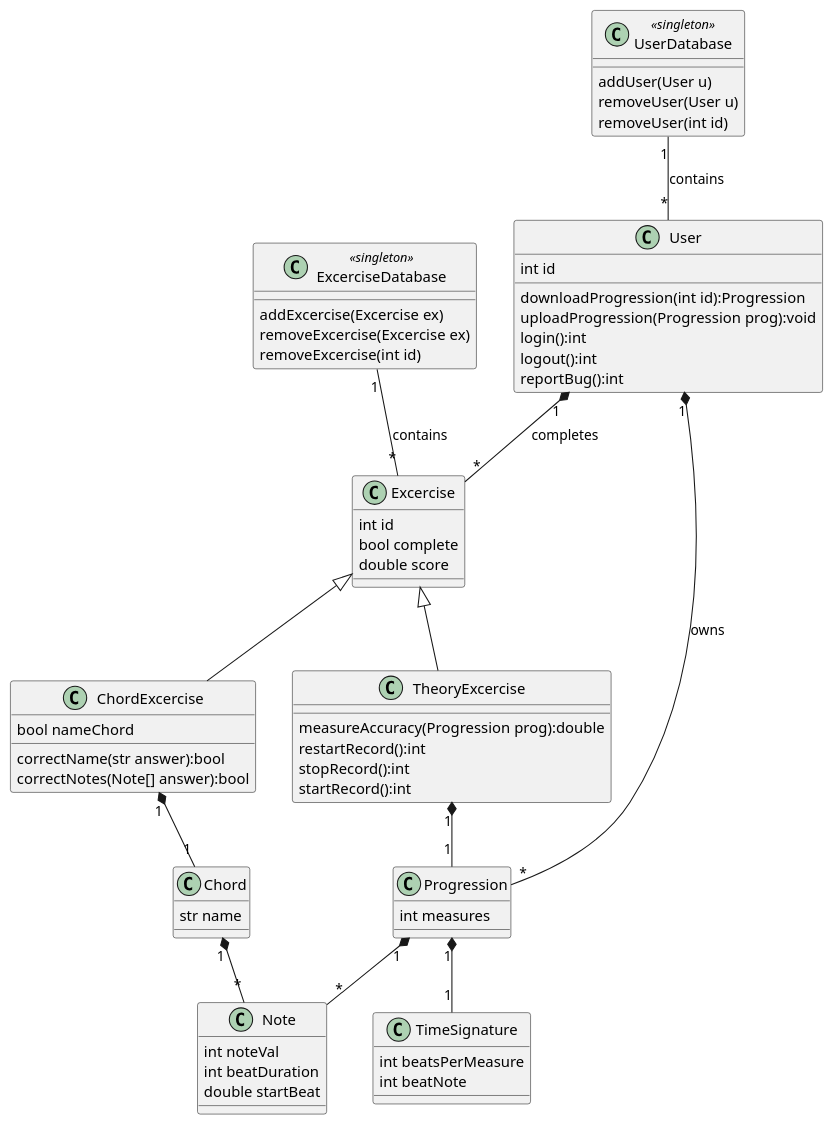
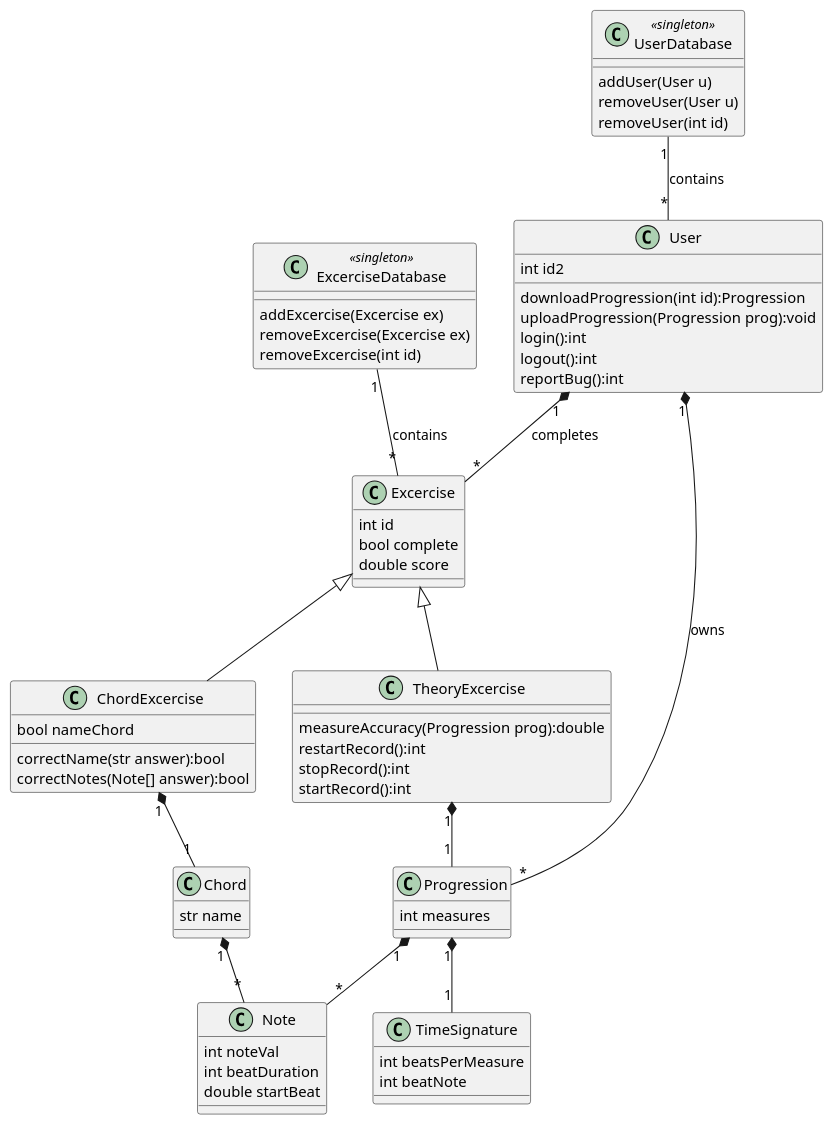
Before and after one commit to devinchristianson/daj: the diagram in docs/uml/detailedDesign.pu, drawn with PlantUML.

Commit message:
attempting to force image update

```diff
--- a/docs/uml/detailedDesign.pu
+++ b/docs/uml/detailedDesign.pu
@@ -1,56 +1,56 @@
 class ExcerciseDatabase <<singleton>>
 class UserDatabase <<singleton>>
 
 Progression "1" *-- "1" TimeSignature
 Progression "1" *-- "*" Note
 Chord "1" *-- "*" Note
 User "1" *-- "*" Progression : owns
 User "1" *-- "*" Excercise : completes
 Excercise <|-- ChordExcercise
 Excercise <|-- TheoryExcercise
 ChordExcercise "1" *-- "1" Chord
 TheoryExcercise "1" *-- "1" Progression
 ExcerciseDatabase "1" -- "*" Excercise : contains
 UserDatabase "1" -- "*" User : contains
 
 
 TimeSignature : int beatsPerMeasure
 TimeSignature : int beatNote
 
 Note : int noteVal
 Note : int beatDuration
 Note : double startBeat
 
 Chord : str name
 
 Progression : int measures
 
 class User
 
-User : int id
+User : int id2
 User : downloadProgression(int id):Progression
 User : uploadProgression(Progression prog):void
 User : login():int
 User : logout():int
 User : reportBug():int
 
 Excercise : int id
 Excercise : bool complete
 Excercise : double score
 
 ChordExcercise : bool nameChord
 ChordExcercise : correctName(str answer):bool
 ChordExcercise : correctNotes(Note[] answer):bool
 
 TheoryExcercise : measureAccuracy(Progression prog):double
 TheoryExcercise : restartRecord():int
 TheoryExcercise : stopRecord():int
 TheoryExcercise : startRecord():int
 
 ExcerciseDatabase : addExcercise(Excercise ex)
 ExcerciseDatabase : removeExcercise(Excercise ex)
 ExcerciseDatabase : removeExcercise(int id)
 
 UserDatabase : addUser(User u)
 UserDatabase : removeUser(User u)
 UserDatabase : removeUser(int id)
```
